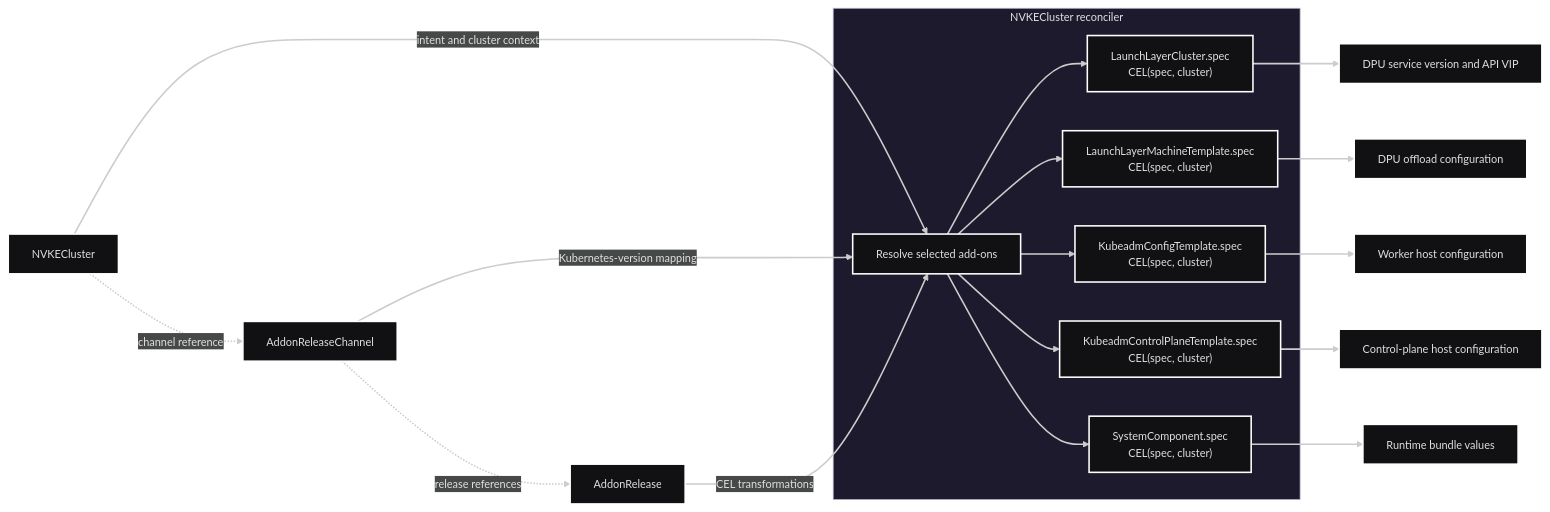
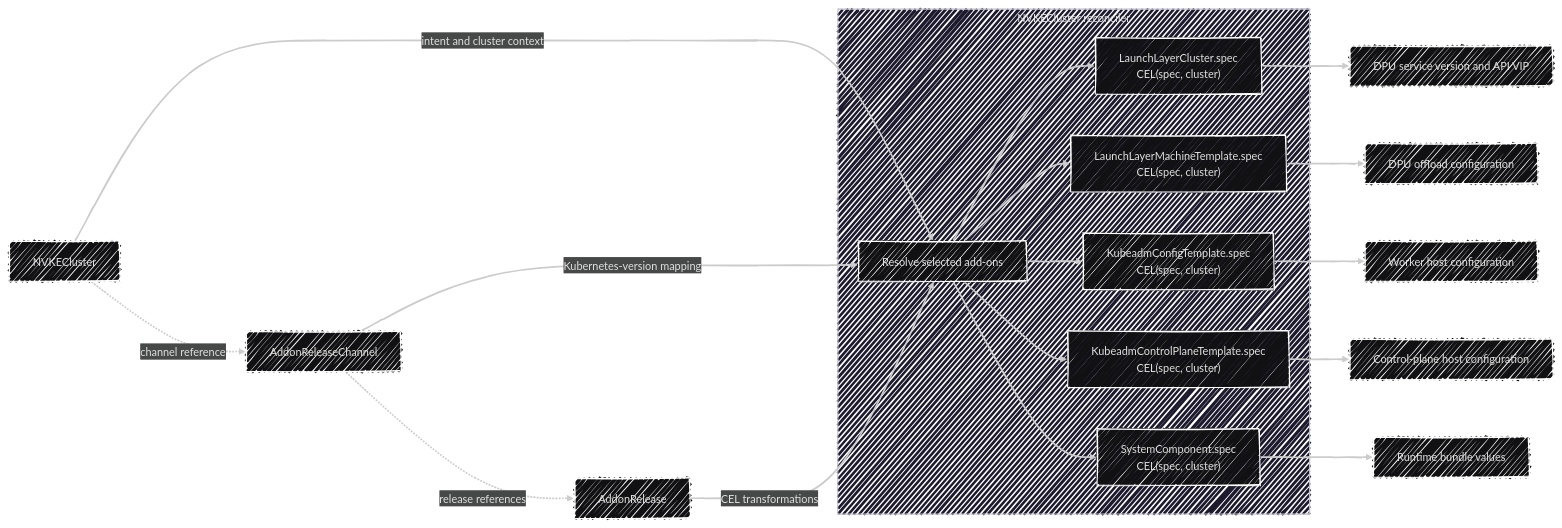
Before and after one commit to Jay-Madden/nvke: the first of 2 diagrams in docs/adrs/20261123-addon-system.md, drawn with Mermaid. The commit also changed other lines of this file, not shown here.

Commit message:
chore: add handdrawn

````diff
--- a/docs/adrs/20261123-addon-system.md
+++ b/docs/adrs/20261123-addon-system.md
@@ -16,30 +16,30 @@
  ```mermaid
-   %%{init: {"theme": "redux-dark-color"}}%%
+   %%{init: {"theme": "redux-dark-color", "look": "handDrawn"}}%%
    flowchart LR
        cluster["NVKECluster"]
        channel["AddonReleaseChannel"]
        release["AddonRelease"]
 
        cluster -.->|channel reference| channel
        channel -.->|release references| release
 
        cluster -->|intent and cluster context| resolve
        channel -->|Kubernetes-version mapping| resolve
        release -->|CEL transformations| resolve
 
        subgraph reconciler["NVKECluster reconciler"]
            resolve["Resolve selected add-ons"]
 
            resolve --> infra["LaunchLayerCluster.spec<br/>CEL(spec, cluster)"]
            resolve --> machine["LaunchLayerMachineTemplate.spec<br/>CEL(spec, cluster)"]
            resolve --> bootstrap["KubeadmConfigTemplate.spec<br/>CEL(spec, cluster)"]
            resolve --> controlPlane["KubeadmControlPlaneTemplate.spec<br/>CEL(spec, cluster)"]
            resolve --> runtime["SystemComponent.spec<br/>CEL(spec, cluster)"]
        end
 
        infra --> infraOut["DPU service version and API VIP"]
        machine --> machineOut["DPU offload configuration"]
        bootstrap --> bootstrapOut["Worker host configuration"]
        controlPlane --> controlPlaneOut["Control-plane host configuration"]
        runtime --> runtimeOut["Runtime bundle values"]
  ```
````
